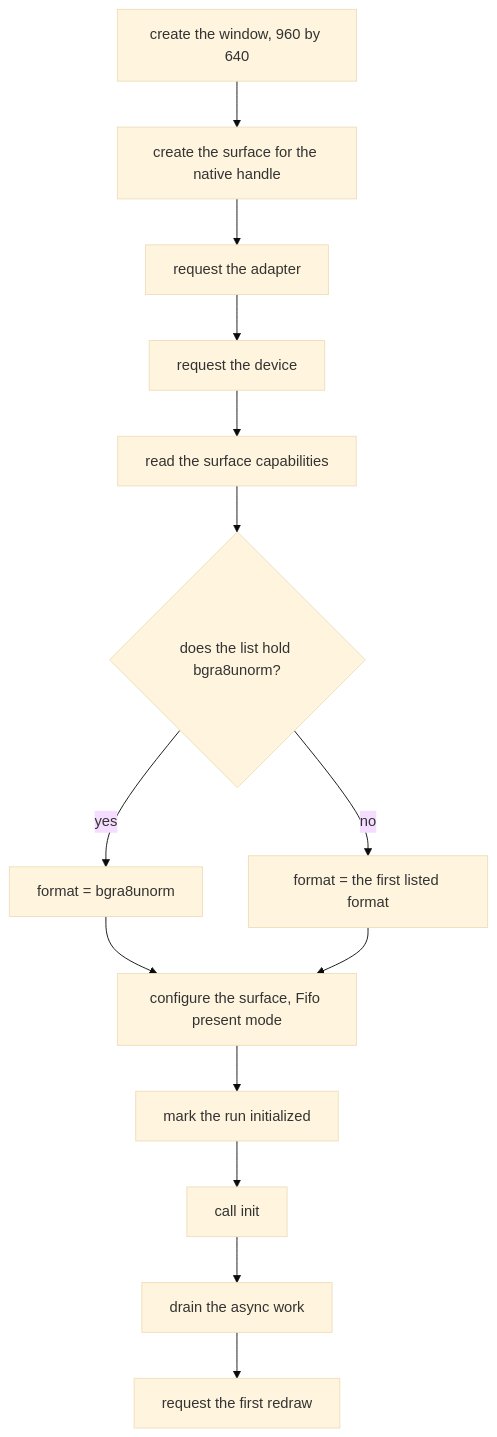
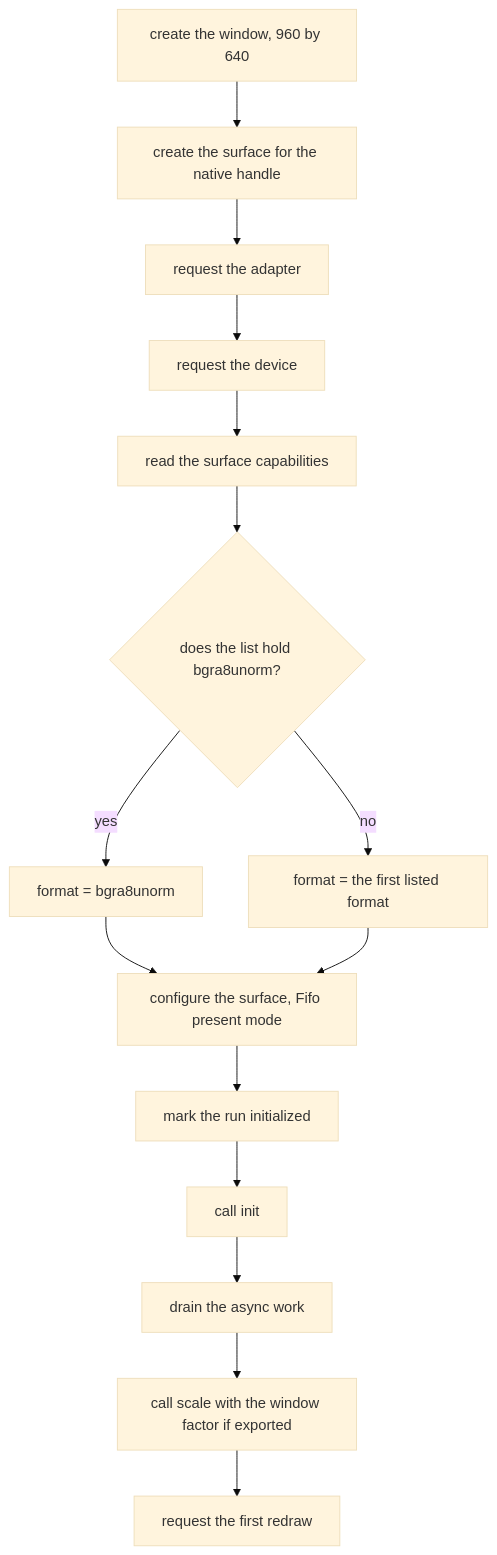
Before and after one commit to infosia/subscript-typegpu: the third of 5 diagrams in docs/windowed-program.md, drawn with Mermaid (base theme). The commit also changed other lines of this file and 35 other files, not shown here.

````diff
--- a/docs/windowed-program.md
+++ b/docs/windowed-program.md
@@ -629,16 +629,17 @@
 ```mermaid
 flowchart TD
     A["create the window, 960 by 640"] --> B["create the surface for the native handle"]
     B --> C["request the adapter"]
     C --> D["request the device"]
     D --> E["read the surface capabilities"]
     E --> F{"does the list hold bgra8unorm?"}
     F -->|yes| G["format = bgra8unorm"]
     F -->|no| H["format = the first listed format"]
     G --> I["configure the surface, Fifo present mode"]
     H --> I
     I --> J["mark the run initialized"]
     J --> K["call init"]
     K --> L["drain the async work"]
-    L --> M["request the first redraw"]
+    L --> S["call scale with the window factor if exported"]
+    S --> M["request the first redraw"]
 ```
````
